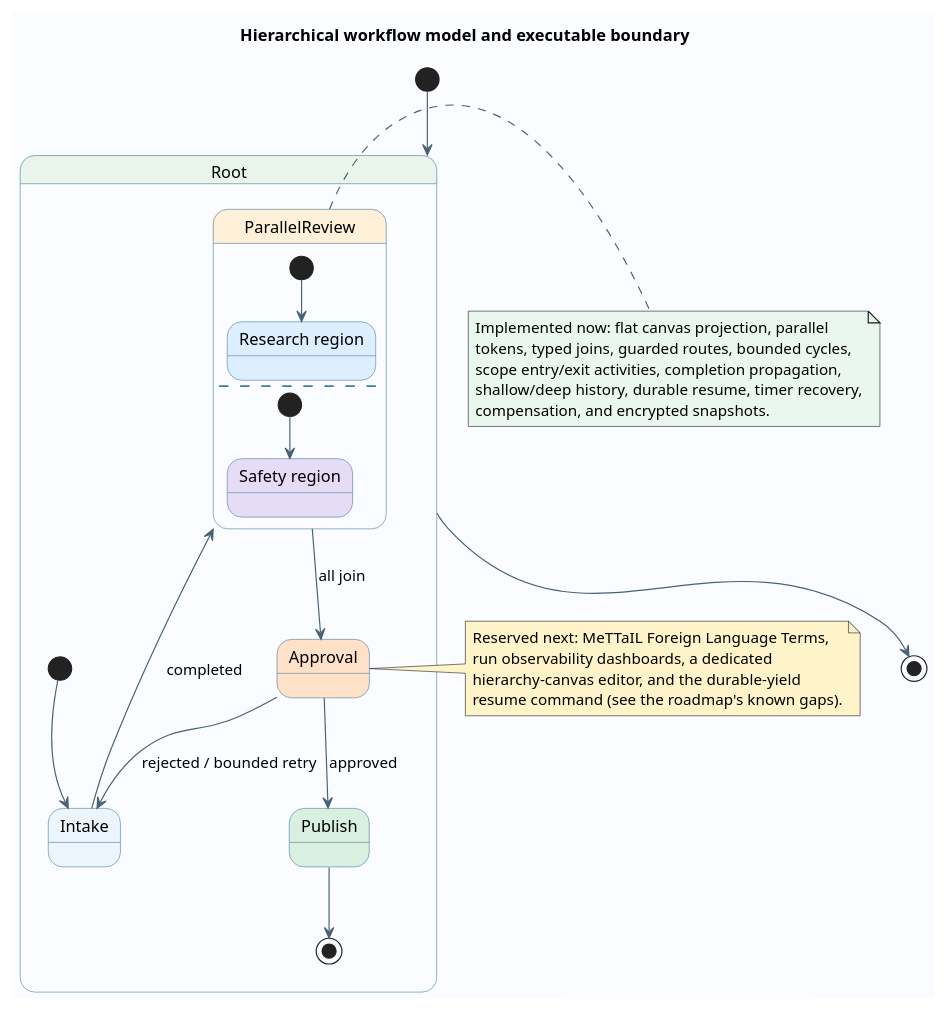
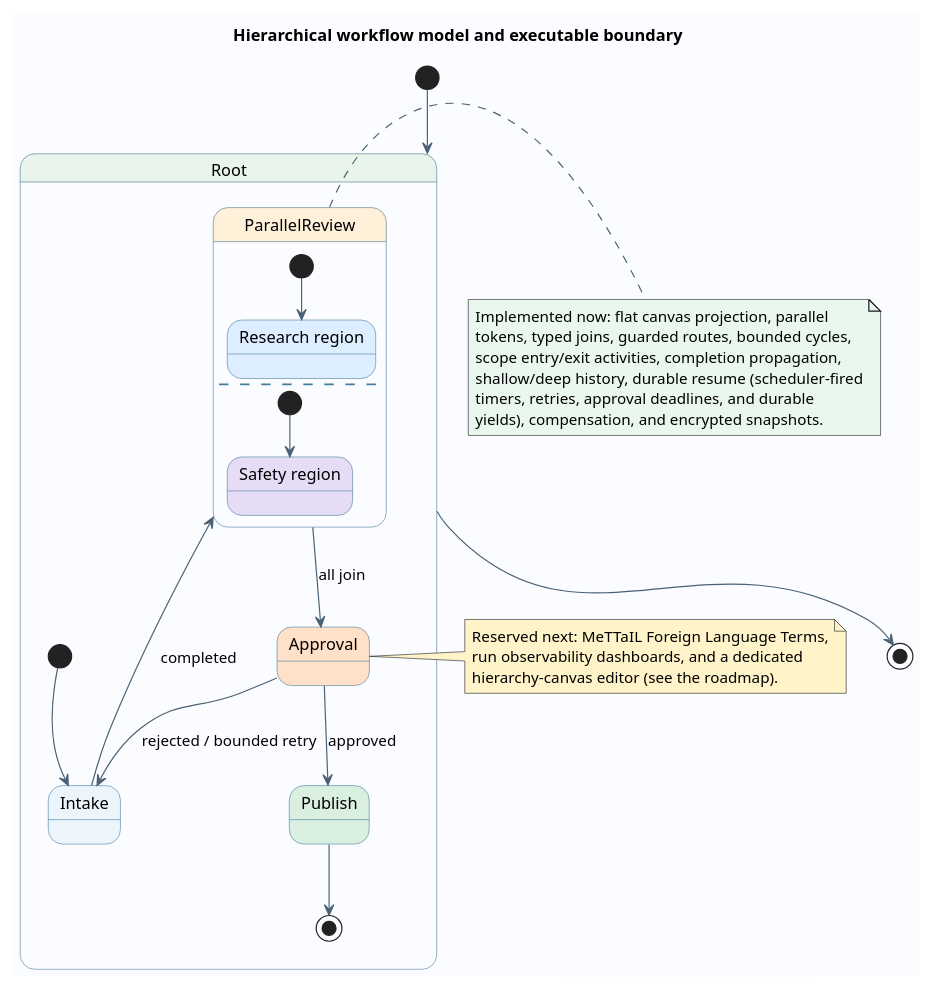
The diagram in docs/agent-teams/diagrams/06-hierarchy-and-roadmap.puml (F1R3FLY-io/embers-frontend), drawn with PlantUML before and after one commit. The commit also changed 20 other files, not shown here.

```diff
--- a/docs/agent-teams/diagrams/06-hierarchy-and-roadmap.puml
+++ b/docs/agent-teams/diagrams/06-hierarchy-and-roadmap.puml
@@ -1,46 +1,46 @@
 @startuml
 title Hierarchical workflow model and executable boundary
 skinparam backgroundColor #FAFCFF
 skinparam shadowing false
 skinparam state {
   BackgroundColor #ECF5FC
   BorderColor #477B9B
   StartColor #2F7C5A
   EndColor #7D478F
   ArrowColor #496174
 }
 
 [*] --> Root
 state Root #E9F5EA {
   [*] --> Intake
   Intake --> ParallelReview : completed
   state ParallelReview #FFF0D9 {
     state "Research region" as Research #DCEEFF
     [*] --> Research
     --
     state "Safety region" as Safety #E7DCF5
     [*] --> Safety
   }
   ParallelReview --> Approval : all join
   state Approval #FFE0C8
   Approval --> Publish : approved
   Approval --> Intake : rejected / bounded retry
   state Publish #D9EFDF
   Publish --> [*]
 }
 Root --> [*]
 
 note right of ParallelReview #EAF7EE
 Implemented now: flat canvas projection, parallel
 tokens, typed joins, guarded routes, bounded cycles,
 scope entry/exit activities, completion propagation,
-shallow/deep history, durable resume, timer recovery,
-compensation, and encrypted snapshots.
+shallow/deep history, durable resume (scheduler-fired
+timers, retries, approval deadlines, and durable
+yields), compensation, and encrypted snapshots.
 end note
 note right of Approval #FFF3C9
 Reserved next: MeTTaIL Foreign Language Terms,
-run observability dashboards, a dedicated
-hierarchy-canvas editor, and the durable-yield
-resume command (see the roadmap's known gaps).
+run observability dashboards, and a dedicated
+hierarchy-canvas editor (see the roadmap).
 end note
 @enduml
```
